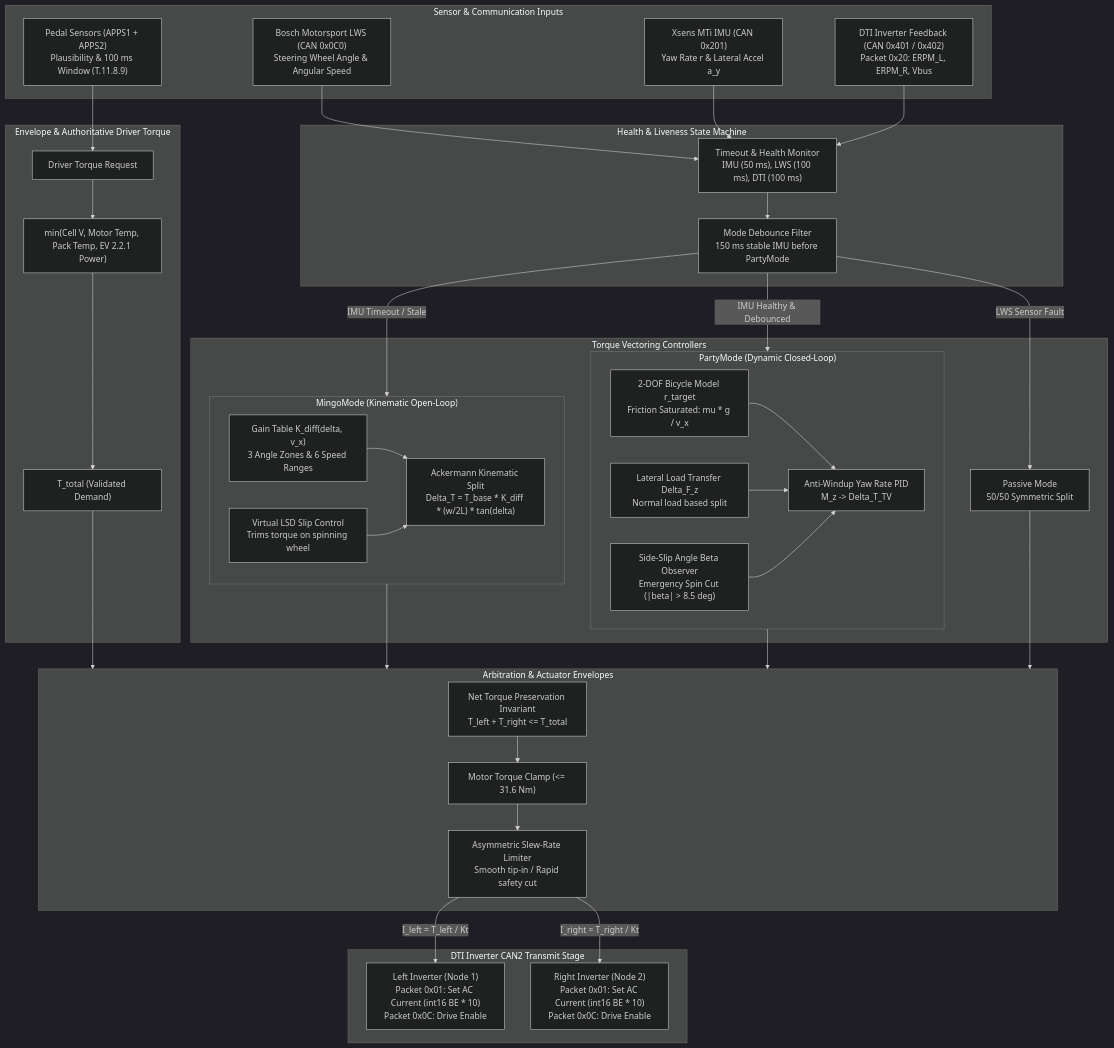
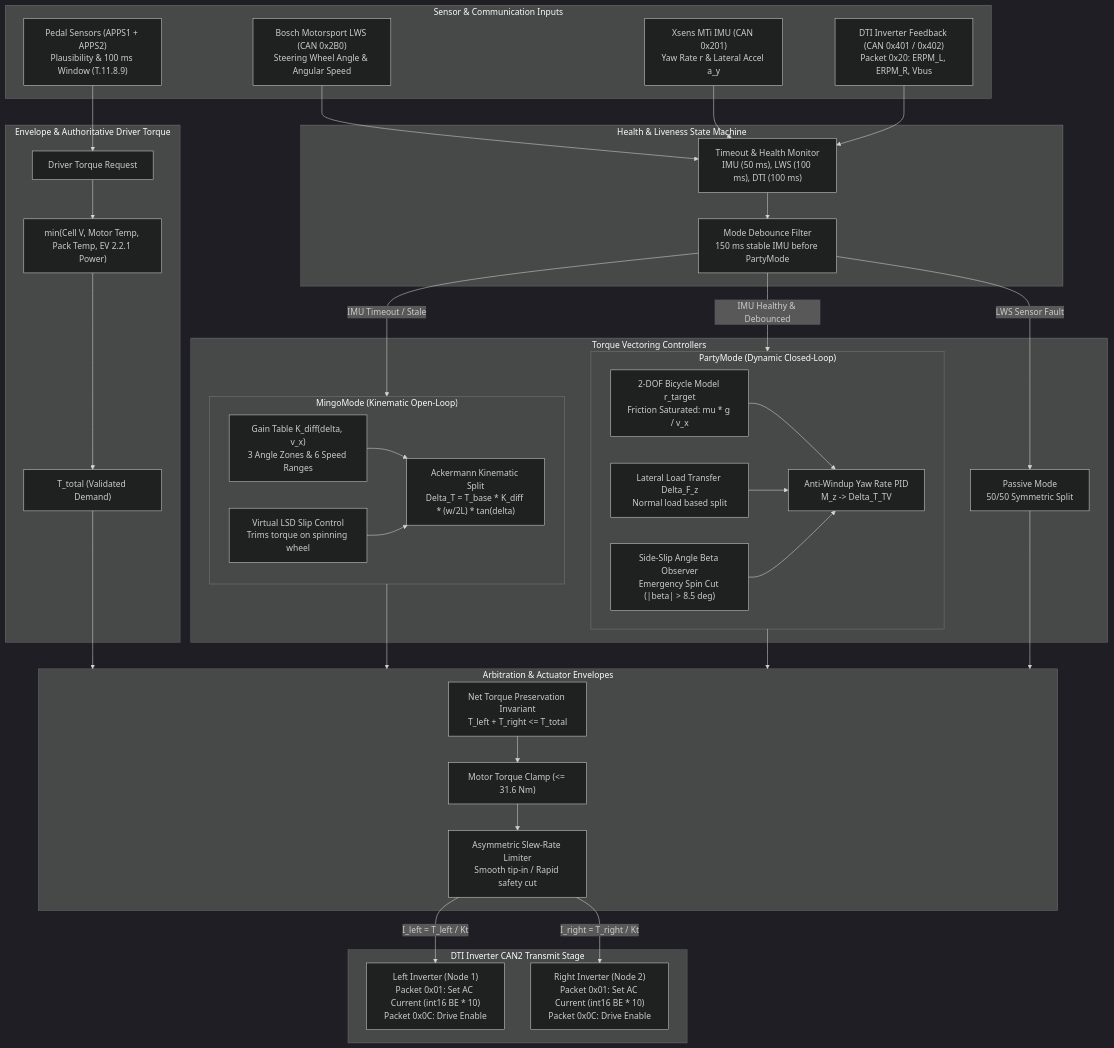
One commit to isc-fs/IFS09-CE-ECU changed the diagram in README.md. Above: the diagram before and after it, drawn with Mermaid (dark theme). The commit also changed 5 other files, not shown here.

Commit message:
feat(diff): update Bosch LWS steering sensor to 0x2B0 and decode per datasheet truth table

````diff
--- a/README.md
+++ b/README.md
@@ -258,71 +258,71 @@
 ```mermaid
 flowchart TD
     subgraph SENSORS ["Sensor & Communication Inputs"]
         APPS["Pedal Sensors (APPS1 + APPS2)<br/>Plausibility & 100 ms Window (T.11.8.9)"]
-        LWS["Bosch Motorsport LWS (CAN 0x0C0)<br/>Steering Wheel Angle & Angular Speed"]
+        LWS["Bosch Motorsport LWS (CAN 0x2B0)<br/>Steering Wheel Angle & Angular Speed"]
         IMU["Xsens MTi IMU (CAN 0x201)<br/>Yaw Rate r & Lateral Accel a_y"]
         DTI_FB["DTI Inverter Feedback (CAN 0x401 / 0x402)<br/>Packet 0x20: ERPM_L, ERPM_R, Vbus"]
     end
 
     subgraph DERATE ["Envelope & Authoritative Driver Torque"]
         T_REQ["Driver Torque Request"]
         CAPS["min(Cell V, Motor Temp, Pack Temp, EV 2.2.1 Power)"]
         APPS --> T_REQ --> CAPS --> T_TOTAL["T_total (Validated Demand)"]
     end
 
     subgraph MONITOR ["Health & Liveness State Machine"]
         TO_CHK["Timeout & Health Monitor<br/>IMU (50 ms), LWS (100 ms), DTI (100 ms)"]
         DEBOUNCE["Mode Debounce Filter<br/>150 ms stable IMU before PartyMode"]
         TO_CHK --> DEBOUNCE
     end
 
     LWS --> TO_CHK
     IMU --> TO_CHK
     DTI_FB --> TO_CHK
 
     subgraph CONTROLLERS ["Torque Vectoring Controllers"]
         subgraph MINGO ["MingoMode (Kinematic Open-Loop)"]
             K_GAIN["Gain Table K_diff(delta, v_x)<br/>3 Angle Zones & 6 Speed Ranges"]
             ACKERMANN["Ackermann Kinematic Split<br/>Delta_T = T_base * K_diff * (w/2L) * tan(delta)"]
             V_LSD["Virtual LSD Slip Control<br/>Trims torque on spinning wheel"]
             K_GAIN --> ACKERMANN
             V_LSD --> ACKERMANN
         end
 
         subgraph PARTY ["PartyMode (Dynamic Closed-Loop)"]
             BICYCLE["2-DOF Bicycle Model r_target<br/>Friction Saturated: mu * g / v_x"]
             LOAD_XFER["Lateral Load Transfer Delta_F_z<br/>Normal load based split"]
             PID["Anti-Windup Yaw Rate PID<br/>M_z -> Delta_T_TV"]
             BETA["Side-Slip Angle Beta Observer<br/>Emergency Spin Cut (|beta| > 8.5 deg)"]
             BICYCLE --> PID
             LOAD_XFER --> PID
             BETA --> PID
         end
 
         PASSIVE["Passive Mode<br/>50/50 Symmetric Split"]
     end
 
     DEBOUNCE -->|IMU Healthy & Debounced| PARTY
     DEBOUNCE -->|IMU Timeout / Stale| MINGO
     DEBOUNCE -->|LWS Sensor Fault| PASSIVE
 
     subgraph ARBITRATION ["Arbitration & Actuator Envelopes"]
         NET_PRESERVE["Net Torque Preservation Invariant<br/>T_left + T_right <= T_total"]
         ACT_CLAMP["Motor Torque Clamp (<= 31.6 Nm)"]
         SLEW["Asymmetric Slew-Rate Limiter<br/>Smooth tip-in / Rapid safety cut"]
         NET_PRESERVE --> ACT_CLAMP --> SLEW
     end
 
     T_TOTAL --> ARBITRATION
     MINGO --> ARBITRATION
     PARTY --> ARBITRATION
     PASSIVE --> ARBITRATION
 
     subgraph CAN_OUT ["DTI Inverter CAN2 Transmit Stage"]
         CMD_L["Left Inverter (Node 1)<br/>Packet 0x01: Set AC Current (int16 BE * 10)<br/>Packet 0x0C: Drive Enable"]
         CMD_R["Right Inverter (Node 2)<br/>Packet 0x01: Set AC Current (int16 BE * 10)<br/>Packet 0x0C: Drive Enable"]
     end
 
     SLEW -->|I_left = T_left / Kt| CMD_L
     SLEW -->|I_right = T_right / Kt| CMD_R
 ```
````
